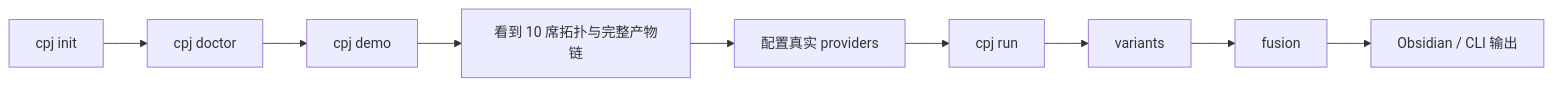
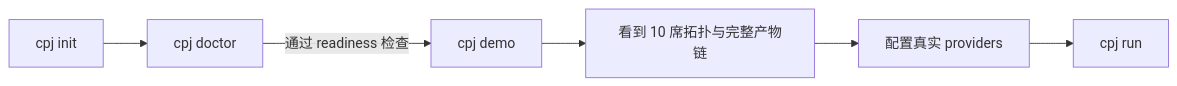
The second of 3 diagrams in README.md (qiuxinyuan321/pijiang), drawn with Mermaid before and after one commit. The commit also changed other lines of this file and 1 other file, not shown here.

````diff
--- a/README.md
+++ b/README.md
@@ -49,11 +75,8 @@
 ```mermaid
 flowchart LR
     A["cpj init"] --> B["cpj doctor"]
-    B --> C["cpj demo"]
+    B -->|"通过 readiness 检查"| C["cpj demo"]
     C --> D["看到 10 席拓扑与完整产物链"]
     D --> E["配置真实 providers"]
     E --> F["cpj run"]
-    F --> G["variants"]
-    G --> H["fusion"]
-    H --> I["Obsidian / CLI 输出"]
 ```
````
